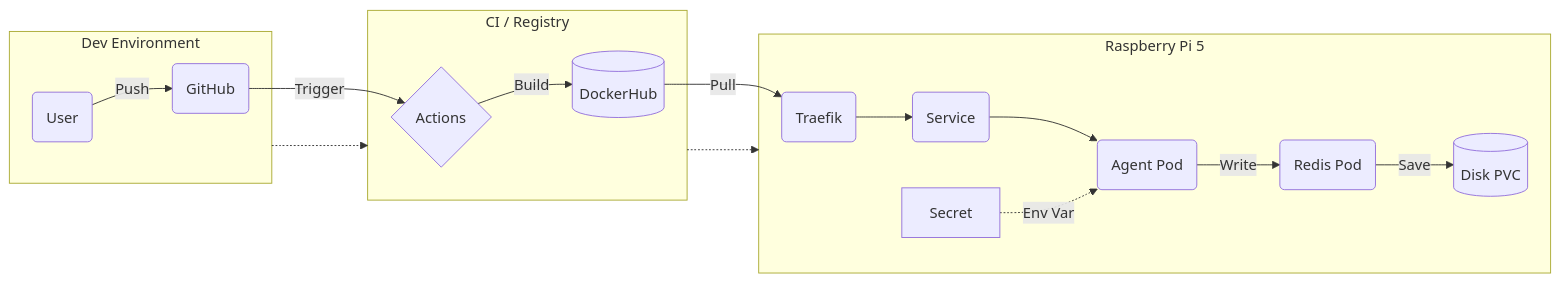
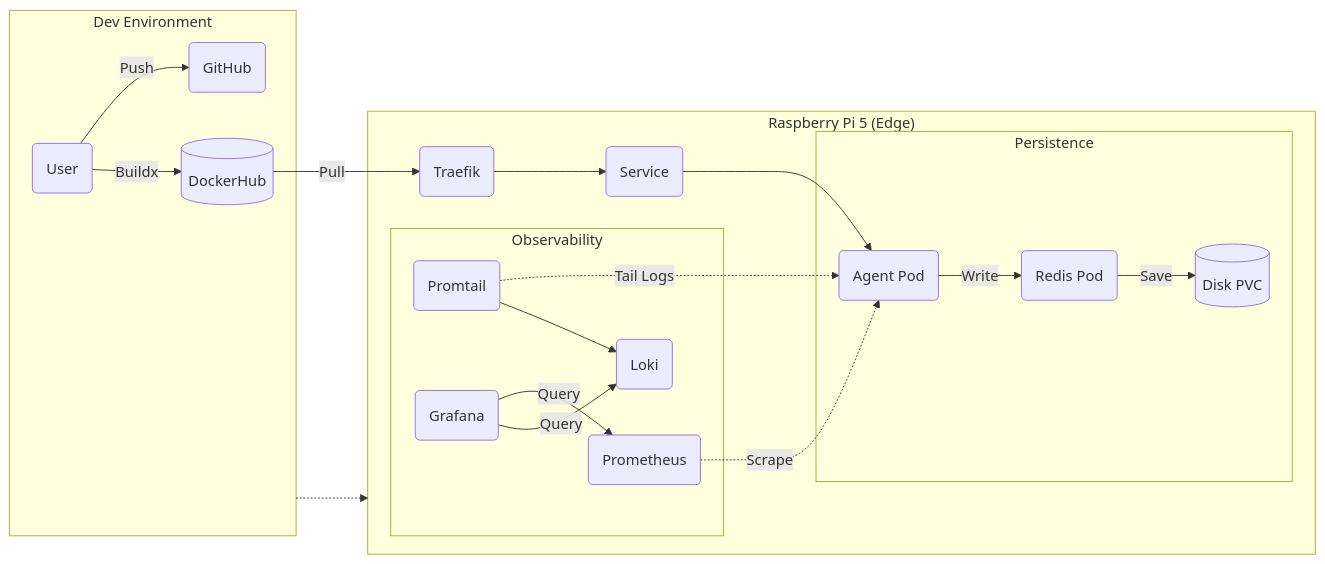
The diagram in README.md (Gael-Troadec/K3s-Pi5-Lab), drawn with Mermaid before and after one commit. The commit also changed other lines of this file, not shown here.

````diff
--- a/README.md
+++ b/README.md
@@ -41,23 +40,28 @@
 ```mermaid
 graph LR
     subgraph Dev ["Dev Environment"]
         User(User) -->|Push| Git(GitHub)
+        User -->|Buildx| Hub[(DockerHub)]
     end
     
-    subgraph CI ["CI / Registry"]
-        Git -->|Trigger| Action{Actions}
-        Action -->|Build| Hub[(DockerHub)]
-    end
-    
-    subgraph Prod ["Raspberry Pi 5"]
+    subgraph Prod ["Raspberry Pi 5 (Edge)"]
         Hub -->|Pull| Ingress(Traefik)
         Ingress --> Svc(Service)
         Svc --> Pod(Agent Pod)
-        Secret[Secret] -.->|Env Var| Pod
-        Pod -->|Write| Redis(Redis Pod)
-        Redis -->|Save| PVC[(Disk PVC)]
+        
+        subgraph Data ["Persistence"]
+            Pod -->|Write| Redis(Redis Pod)
+            Redis -->|Save| PVC[(Disk PVC)]
+        end
+
+        subgraph Obs ["Observability"]
+            Prom(Prometheus) -.->|Scrape| Pod
+            Promtail(Promtail) -.->|Tail Logs| Pod
+            Promtail --> Loki(Loki)
+            Grafana(Grafana) -->|Query| Prom
+            Grafana -->|Query| Loki
+        end
     end
     
-    Dev -.-> CI
-    CI -.-> Prod
+    Dev -.-> Prod
 ```
````
